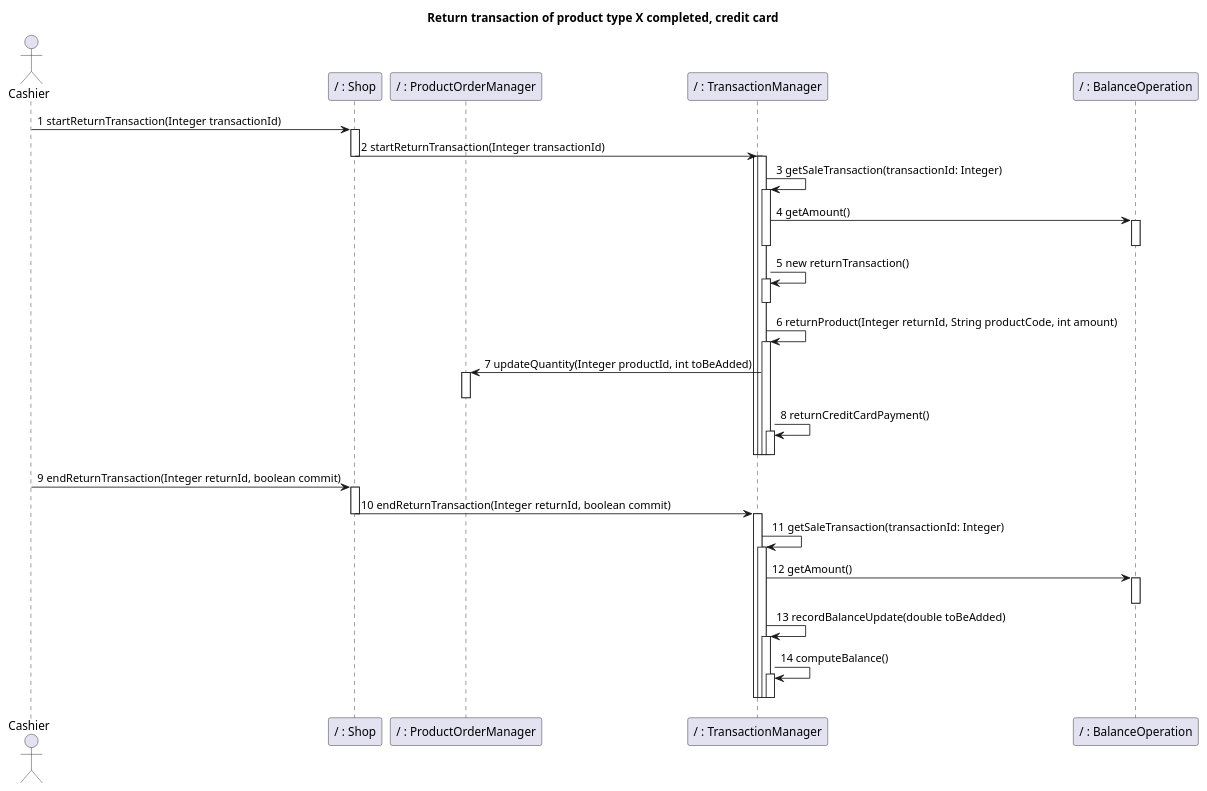
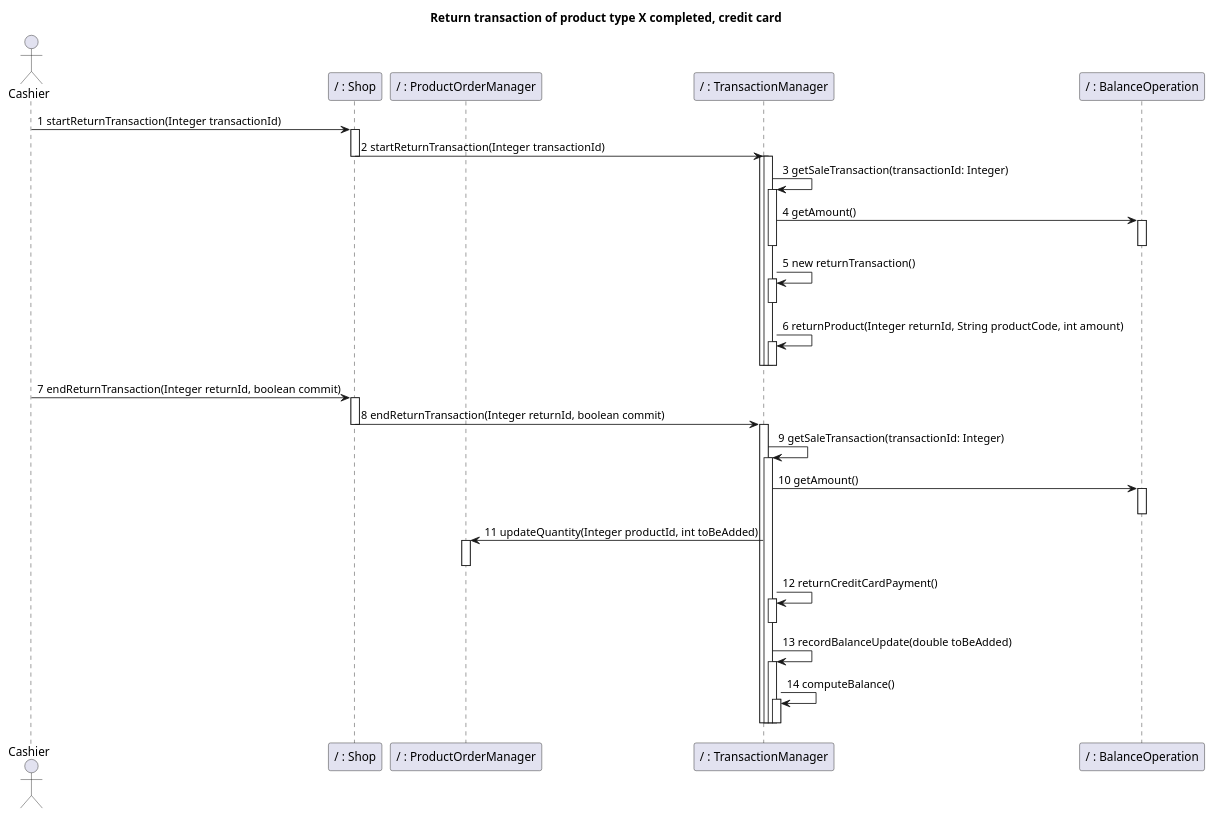
Diagram 28 of 32 in Deliverables/DesignDocument.md (nicolabattaglino/ezshop), drawn with PlantUML before and after one commit.

Commit message:
scenario 8.1 changed

````diff
--- a/Deliverables/DesignDocument.md
+++ b/Deliverables/DesignDocument.md
@@ -1379,60 +1379,61 @@
 ```plantuml
 @startuml
 
 title
 Return transaction of product type X completed, credit card
 end title
 
 
 actor Cashier
 participant "/ : Shop" as Shop
 participant "/ : ProductOrderManager" as ProductOrderManager
 participant "/ : TransactionManager" as TransactionManager
 participant "/ : BalanceOperation" as BalanceOperation
 Cashier -> Shop :1 startReturnTransaction(Integer transactionId)
 activate Shop
 Shop -> TransactionManager:2 startReturnTransaction(Integer transactionId)
 Deactivate Shop
 activate TransactionManager
 activate TransactionManager
 TransactionManager -> TransactionManager:3 getSaleTransaction(transactionId: Integer)
 activate TransactionManager
 TransactionManager -> BalanceOperation :4 getAmount()
 activate BalanceOperation
 deactivate BalanceOperation
 deactivate TransactionManager
 TransactionManager -> TransactionManager:5 new returnTransaction()
 activate TransactionManager
 deactivate TransactionManager
 TransactionManager -> TransactionManager:6 returnProduct(Integer returnId, String productCode, int amount)
 activate TransactionManager
-TransactionManager -> ProductOrderManager:7 updateQuantity(Integer productId, int toBeAdded)
-activate ProductOrderManager
-deactivate ProductOrderManager
-TransactionManager -> TransactionManager:8 returnCreditCardPayment()
-activate TransactionManager
-deactivate TransactionManager
+
 deactivate TransactionManager
 deactivate TransactionManager 
 deactivate TransactionManager 
-Cashier -> Shop :9 endReturnTransaction(Integer returnId, boolean commit)
+Cashier -> Shop :7 endReturnTransaction(Integer returnId, boolean commit)
 activate Shop
-Shop -> TransactionManager:10 endReturnTransaction(Integer returnId, boolean commit)
+Shop -> TransactionManager:8 endReturnTransaction(Integer returnId, boolean commit)
 deactivate Shop
 activate TransactionManager
-TransactionManager -> TransactionManager:11 getSaleTransaction(transactionId: Integer)
+TransactionManager -> TransactionManager:9 getSaleTransaction(transactionId: Integer)
 activate TransactionManager
-TransactionManager -> BalanceOperation :12 getAmount()
+TransactionManager -> BalanceOperation :10 getAmount()
 activate BalanceOperation
-deactivate BalanceOperation 
+deactivate BalanceOperation
+TransactionManager -> ProductOrderManager:11 updateQuantity(Integer productId, int toBeAdded)
+activate ProductOrderManager
+deactivate ProductOrderManager
+TransactionManager -> TransactionManager:12 returnCreditCardPayment()
+activate TransactionManager
+deactivate TransactionManager 
 TransactionManager -> TransactionManager:13 recordBalanceUpdate(double toBeAdded)
 activate TransactionManager 
 TransactionManager -> TransactionManager:14 computeBalance()
 activate TransactionManager
 deactivate TransactionManager
 deactivate TransactionManager
 deactivate TransactionManager
 deactivate TransactionManager 
 
 @enduml
 ```
````
